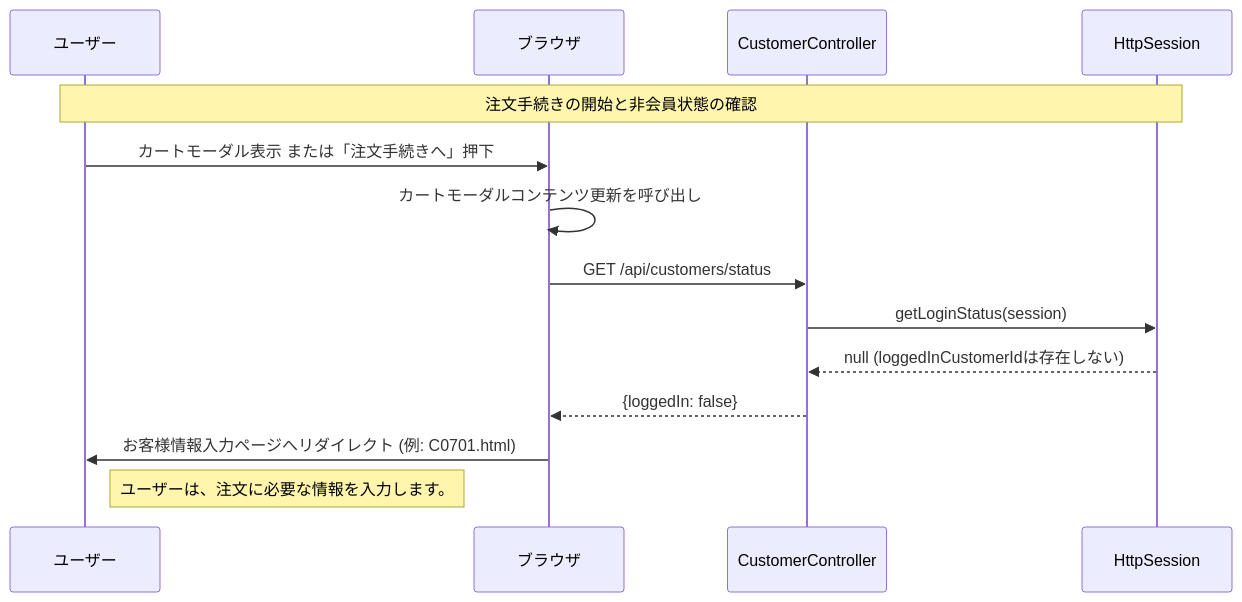
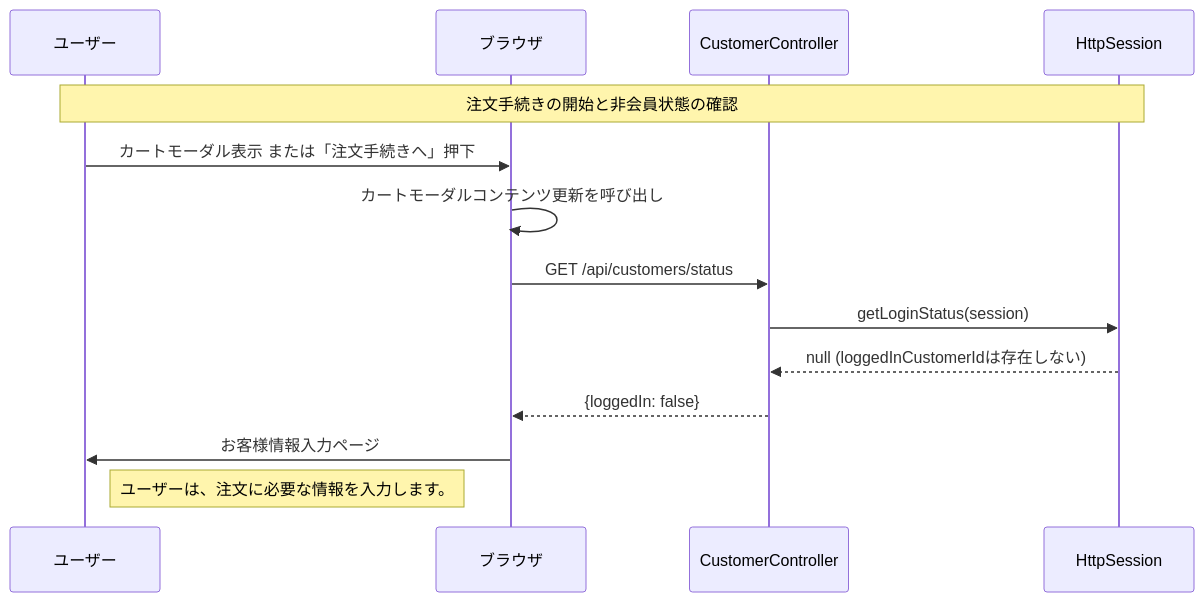
Diagram 12 of 22 in 詳細設計/詳細設計書_v3.md (shogomaeda758/Bacon), drawn with Mermaid before and after one commit. The commit also changed other lines of this file, not shown here.

Commit message:
シーケンス図修正

````diff
--- a/詳細設計/詳細設計書_v3.md
+++ b/詳細設計/詳細設計書_v3.md
@@ -496,17 +496,17 @@
 ```mermaid
 sequenceDiagram
     participant U as ユーザー
     participant B as ブラウザ
     participant CUC as CustomerController
     participant S as HttpSession
 
     Note over U,S: 注文手続きの開始と非会員状態の確認
     U->>B: カートモーダル表示 または「注文手続きへ」押下
     B->>B: カートモーダルコンテンツ更新を呼び出し
     B->>CUC: GET /api/customers/status
     CUC->>S: getLoginStatus(session)
     S-->>CUC: null (loggedInCustomerIdは存在しない)
     CUC-->>B: {loggedIn: false}
-    B->>U: お客様情報入力ページへリダイレクト (例: C0701.html)
+    B->>U: お客様情報入力ページ
     Note right of U: ユーザーは、注文に必要な情報を入力します。
 ```
````
